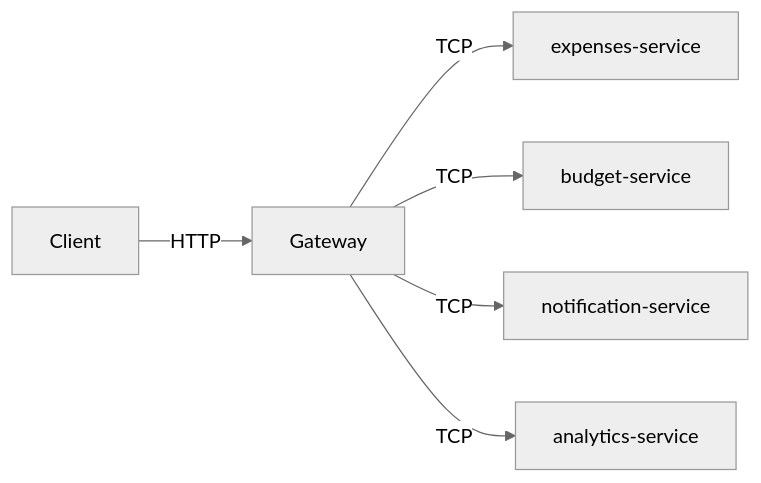
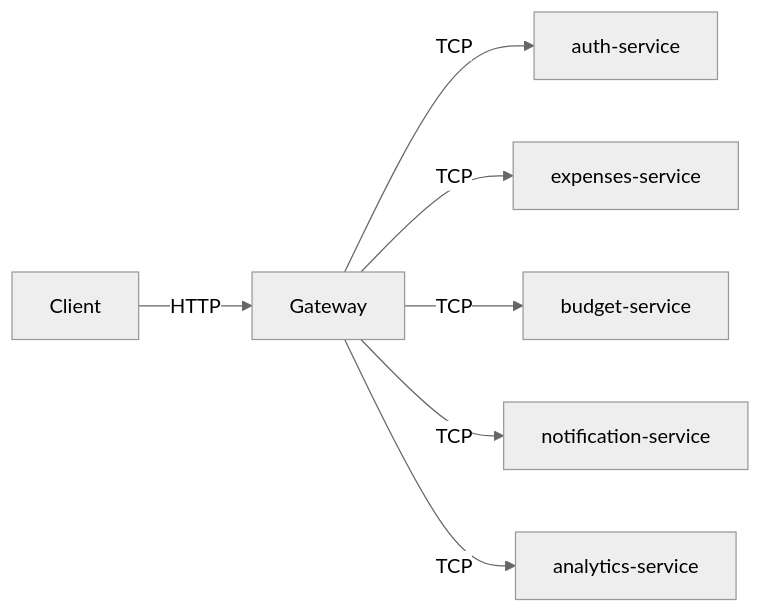
One commit to cr9169/NestJS-Expanse-Tracker changed the second of 7 diagrams in PROJECT.md. Above: the diagram before and after it, drawn with Mermaid (neutral theme). The commit also changed other lines of this file and 94 other files, not shown here.

````diff
--- a/PROJECT.md
+++ b/PROJECT.md
@@ -166,15 +180,17 @@
 ```mermaid
 flowchart LR
   C[Client]
   G[Gateway]
+  AU[auth-service]
   E[expenses-service]
   B[budget-service]
   N[notification-service]
   A[analytics-service]
 
   C -->|HTTP| G
+  G -->|TCP| AU
   G -->|TCP| E
   G -->|TCP| B
   G -->|TCP| N
   G -->|TCP| A
 ```
````
